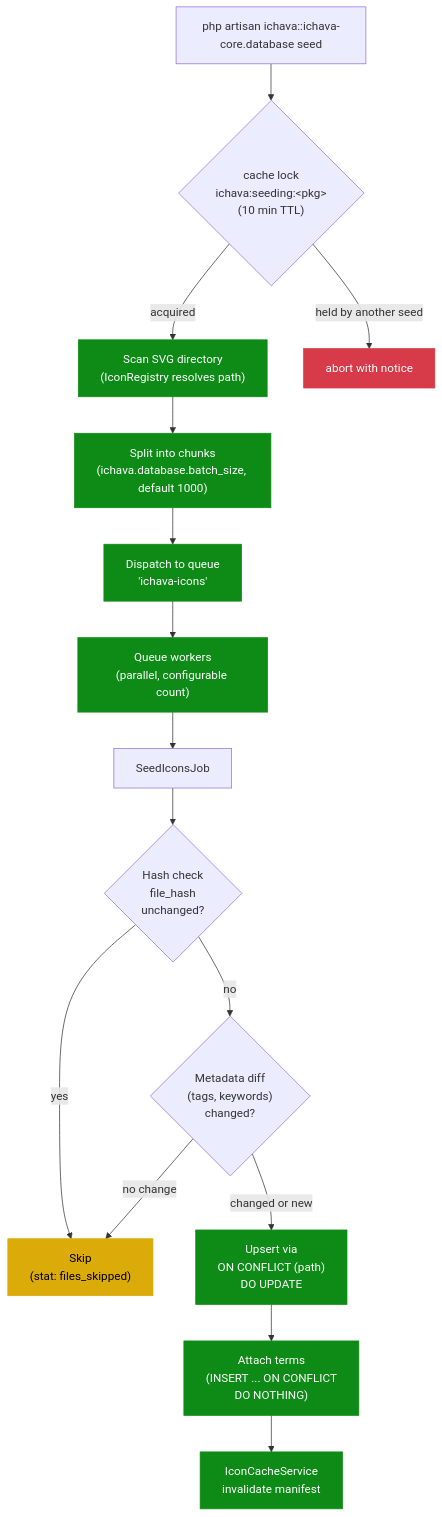
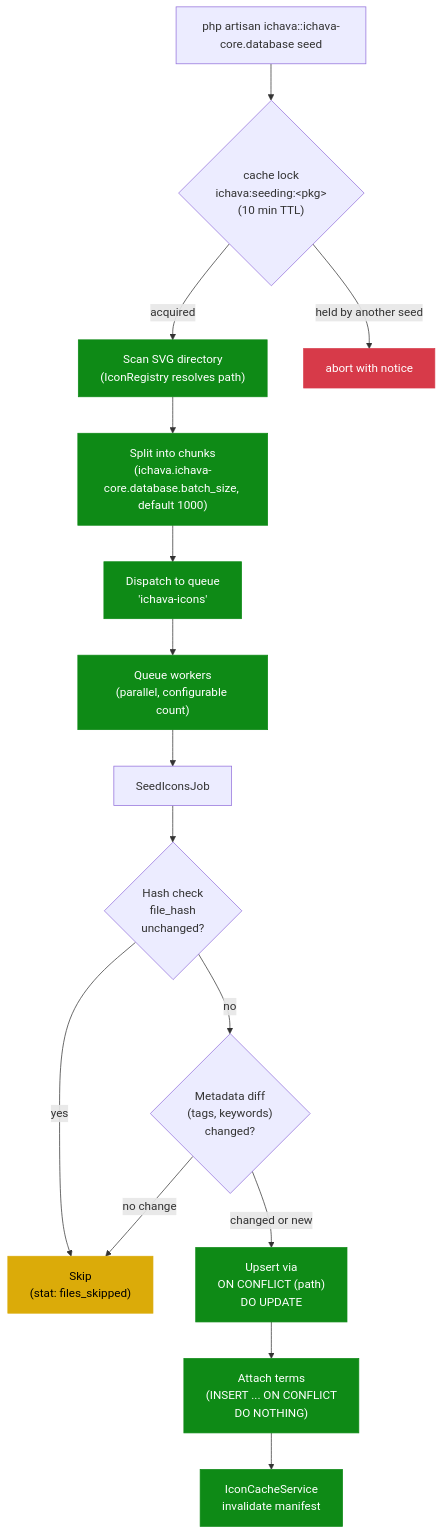
The diagram in docs/recipes/seed-the-database.md (ichava/core), drawn with Mermaid before and after one commit. The commit also changed 14 other files, not shown here.

````diff
--- a/docs/recipes/seed-the-database.md
+++ b/docs/recipes/seed-the-database.md
@@ -29,33 +29,33 @@
 ```mermaid
 flowchart TD
     cmd["php artisan ichava::ichava-core.database seed"]
     lock{"cache lock<br/>ichava:seeding:&lt;pkg&gt;<br/>(10 min TTL)"}
     scan["Scan SVG directory<br/>(IconRegistry resolves path)"]
-    chunk["Split into chunks<br/>(ichava.database.batch_size, default 1000)"]
+    chunk["Split into chunks<br/>(ichava.ichava-core.database.batch_size, default 1000)"]
     queue["Dispatch to queue<br/>'ichava-icons'"]
     workers["Queue workers<br/>(parallel, configurable count)"]
     job["SeedIconsJob"]
     hash{"Hash check<br/>file_hash<br/>unchanged?"}
     skip["Skip<br/>(stat: files_skipped)"]
     meta{"Metadata diff<br/>(tags, keywords)<br/>changed?"}
     upsert["Upsert via<br/>ON CONFLICT (path)<br/>DO UPDATE"]
     terms["Attach terms<br/>(INSERT ... ON CONFLICT<br/>DO NOTHING)"]
     cache["IconCacheService<br/>invalidate manifest"]
 
     cmd --> lock
     lock -- "acquired" --> scan
     lock -- "held by another seed" --> abort["abort with notice"]
     scan --> chunk --> queue --> workers --> job
     job --> hash
     hash -- "yes" --> skip
     hash -- "no" --> meta
     meta -- "no change" --> skip
     meta -- "changed or new" --> upsert --> terms --> cache
 
     classDef ok fill:#0e8a16,stroke:#0e8a16,color:#fff
     classDef warn fill:#dbab09,stroke:#dbab09,color:#000
     classDef stop fill:#d73a49,stroke:#d73a49,color:#fff
     class scan,chunk,queue,workers,upsert,terms,cache ok
     class skip warn
     class abort stop
 ```
````
